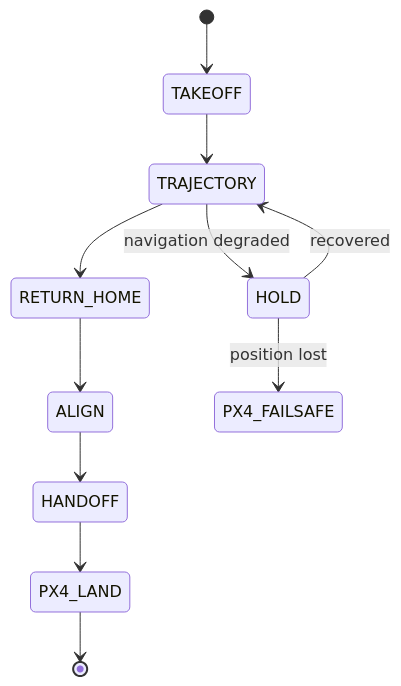
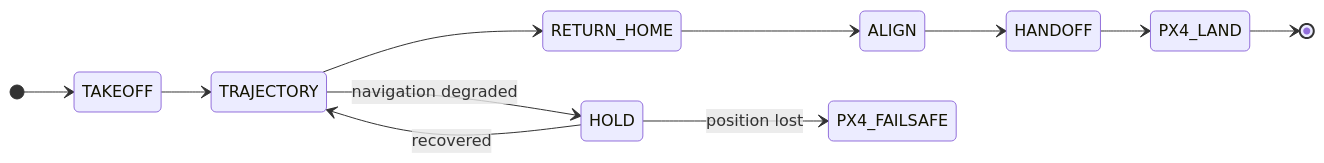
One commit to XpiredRuby/PX4_project_improved changed the second of 2 diagrams in README.md. Above: the diagram before and after it, drawn with Mermaid. The commit also changed other lines of this file and 29 other files, not shown here.

````diff
--- a/README.md
+++ b/README.md
@@ -97,13 +112,14 @@
 ```mermaid
 stateDiagram-v2
+    direction LR
     [*] --> TAKEOFF
     TAKEOFF --> TRAJECTORY
     TRAJECTORY --> RETURN_HOME
     RETURN_HOME --> ALIGN
     ALIGN --> HANDOFF
     HANDOFF --> PX4_LAND
     PX4_LAND --> [*]
     TRAJECTORY --> HOLD: navigation degraded
     HOLD --> TRAJECTORY: recovered
     HOLD --> PX4_FAILSAFE: position lost
 ```
````
